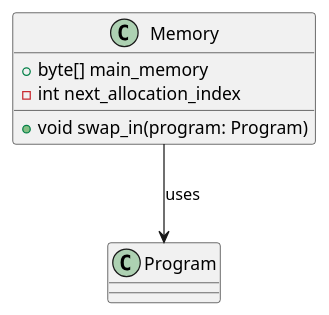
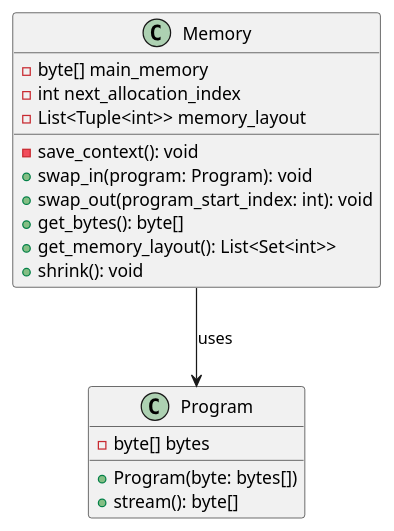
Before and after one commit to Caue-Aron/MEMSIM: the diagram in schema.puml, drawn with PlantUML. The commit also changed 6 other files, not shown here.

Commit message:
- nova UML e novos requisitos para MPV - Mais testes de memória.

```diff
--- a/schema.puml
+++ b/schema.puml
@@ -1,9 +1,23 @@
 @startuml MEMSIM
 class Memory {
-    +byte[] main_memory
-    -int next_allocation_index
-    +void swap_in(program: Program)
+    - byte[] main_memory
+    - int next_allocation_index
+    - List<Tuple<int>> memory_layout
+
+    - save_context(): void
+    + swap_in(program: Program): void
+    + swap_out(program_start_index: int): void
+    + get_bytes(): byte[]
+    + get_memory_layout(): List<Set<int>>
+    + shrink(): void
+}
+
+class Program {
+    - byte[] bytes
+
+    + Program(byte: bytes[])
+    + stream(): byte[]
 }
 
 Memory --> Program : uses
 @enduml
```
